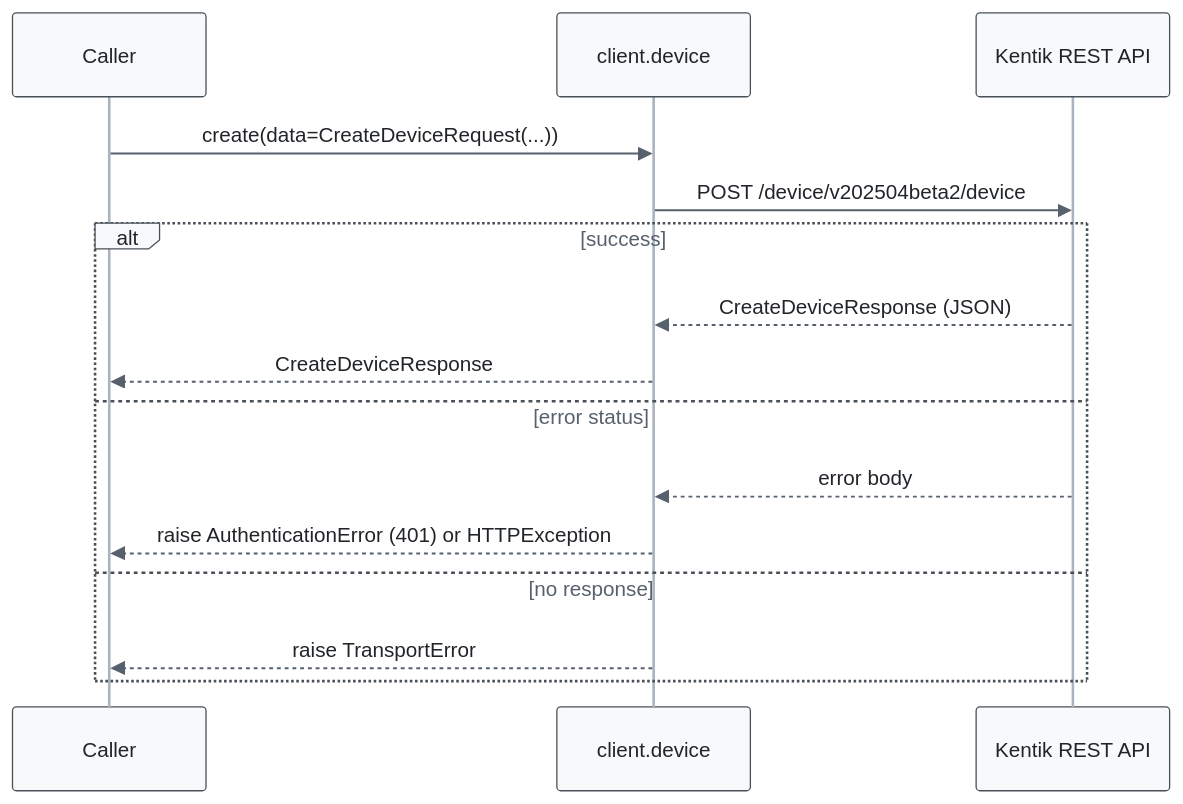
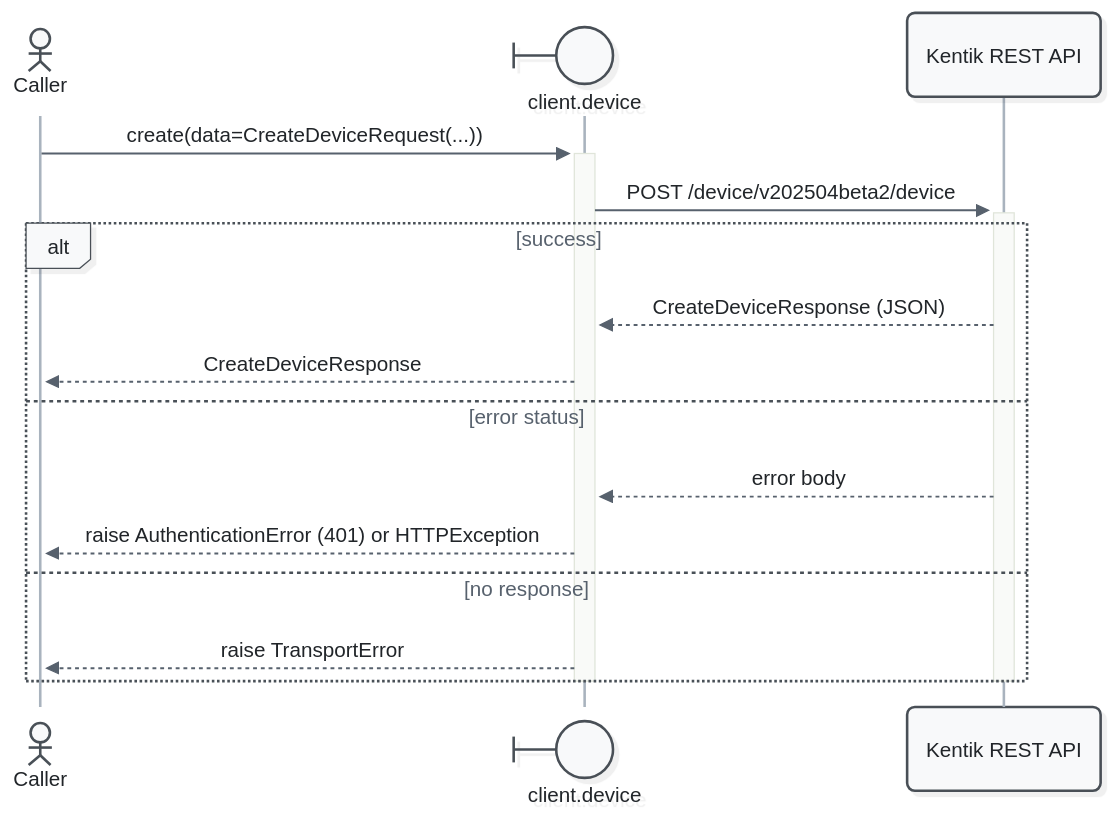
One commit to alexdearaujo/community_sdk_python changed the third of 21 diagrams in docs/sphinx/services/device.md. Above: the diagram before and after it, drawn with Mermaid. The commit also changed other lines of this file and 52 other files, not shown here.

First line of the commit message:
docs: Mermaid 12 sequence diagrams with participant types and path colors

````diff
--- a/docs/sphinx/services/device.md
+++ b/docs/sphinx/services/device.md
@@ -110,19 +115,21 @@
 ```mermaid
-%%{init: {"theme": "base", "fontFamily": "ui-monospace, SFMono-Regular, Menlo, monospace", "themeVariables": {"fontFamily": "ui-monospace, SFMono-Regular, Menlo, monospace", "primaryColor": "#f8f9fa", "primaryBorderColor": "#495057", "primaryTextColor": "#212529", "textColor": "#212529", "lineColor": "#77818c", "edgeLabelBackground": "#ffffff", "actorBkg": "#f8f9fa", "actorBorder": "#495057", "actorTextColor": "#212529", "actorLineColor": "#a9b3be", "signalColor": "#57616d", "signalTextColor": "#212529", "labelBoxBkgColor": "#f8f9fa", "labelBoxBorderColor": "#495057", "labelTextColor": "#212529", "loopTextColor": "#57616d", "noteBkgColor": "#fff9db", "noteBorderColor": "#f08c00", "noteTextColor": "#a35a00"}, "flowchart": {"curve": "step", "nodeSpacing": 30, "rankSpacing": 70, "wrappingWidth": 400}}}%%
+%%{init: {"theme": "redux", "look": "neo", "layout": "dagre", "fontFamily": "ui-monospace, SFMono-Regular, Menlo, monospace", "themeVariables": {"fontFamily": "ui-monospace, SFMono-Regular, Menlo, monospace", "primaryColor": "#f8f9fa", "primaryBorderColor": "#495057", "primaryTextColor": "#212529", "textColor": "#212529", "lineColor": "#77818c", "edgeLabelBackground": "#ffffff", "actorBkg": "#f8f9fa", "actorBorder": "#495057", "actorTextColor": "#212529", "actorLineColor": "#a9b3be", "signalColor": "#57616d", "signalTextColor": "#212529", "labelBoxBkgColor": "#f8f9fa", "labelBoxBorderColor": "#495057", "labelTextColor": "#212529", "loopTextColor": "#57616d", "noteBkgColor": "#fff9db", "noteBorderColor": "#f08c00", "noteTextColor": "#a35a00"}, "sequence": {"activationWidth": 16}, "flowchart": {"curve": "step", "nodeSpacing": 30, "rankSpacing": 70, "wrappingWidth": 400}}}%%
 sequenceDiagram
-    participant C as Caller
-    participant W as client.device
+    actor C as Caller
+    participant W@{ "type": "boundary" } as client.device
     participant API as Kentik REST API
 
-    C->>W: create(data=CreateDeviceRequest(...))
-    W->>API: POST /device/v202504beta2/device
+    C->>+W: create(data=CreateDeviceRequest(...))
+    W->>+API: POST /device/v202504beta2/device
     alt success
         API-->>W: CreateDeviceResponse (JSON)
         W-->>C: CreateDeviceResponse
     else error status
         API-->>W: error body
         W-->>C: raise AuthenticationError (401) or HTTPException
     else no response
         W-->>C: raise TransportError
     end
+    deactivate API
+    deactivate W
 ```
````
